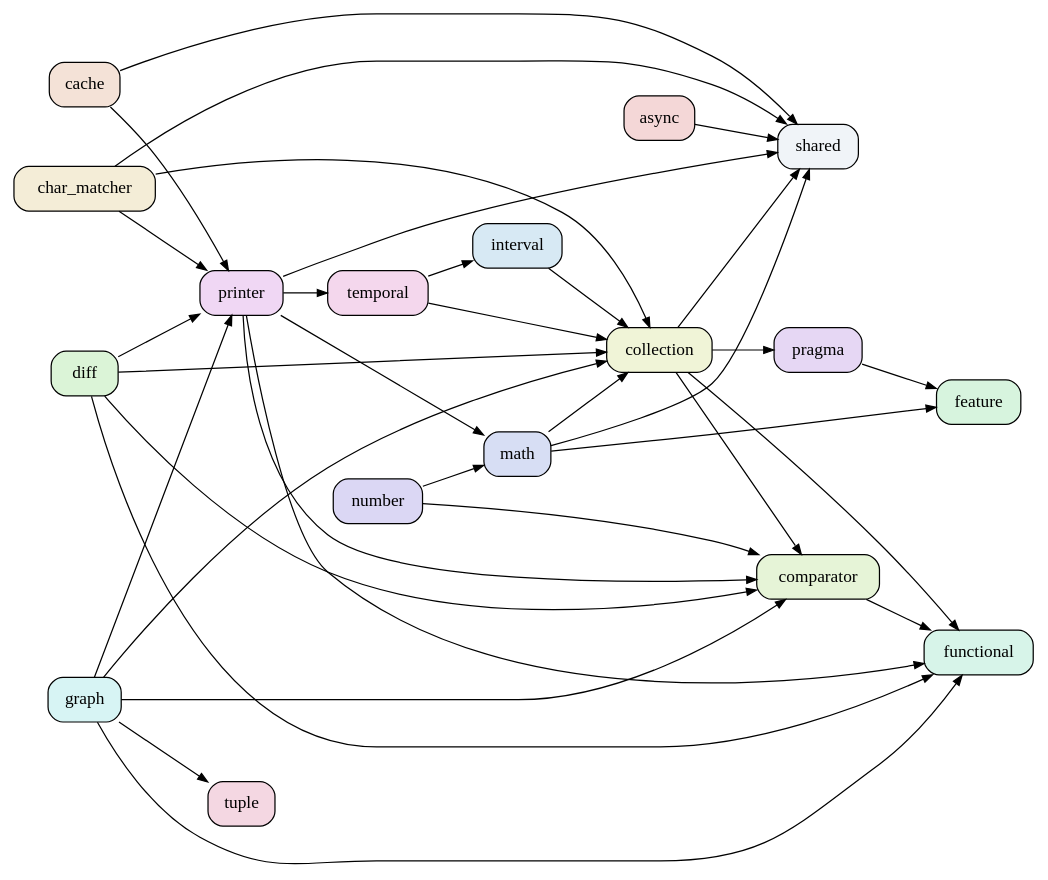
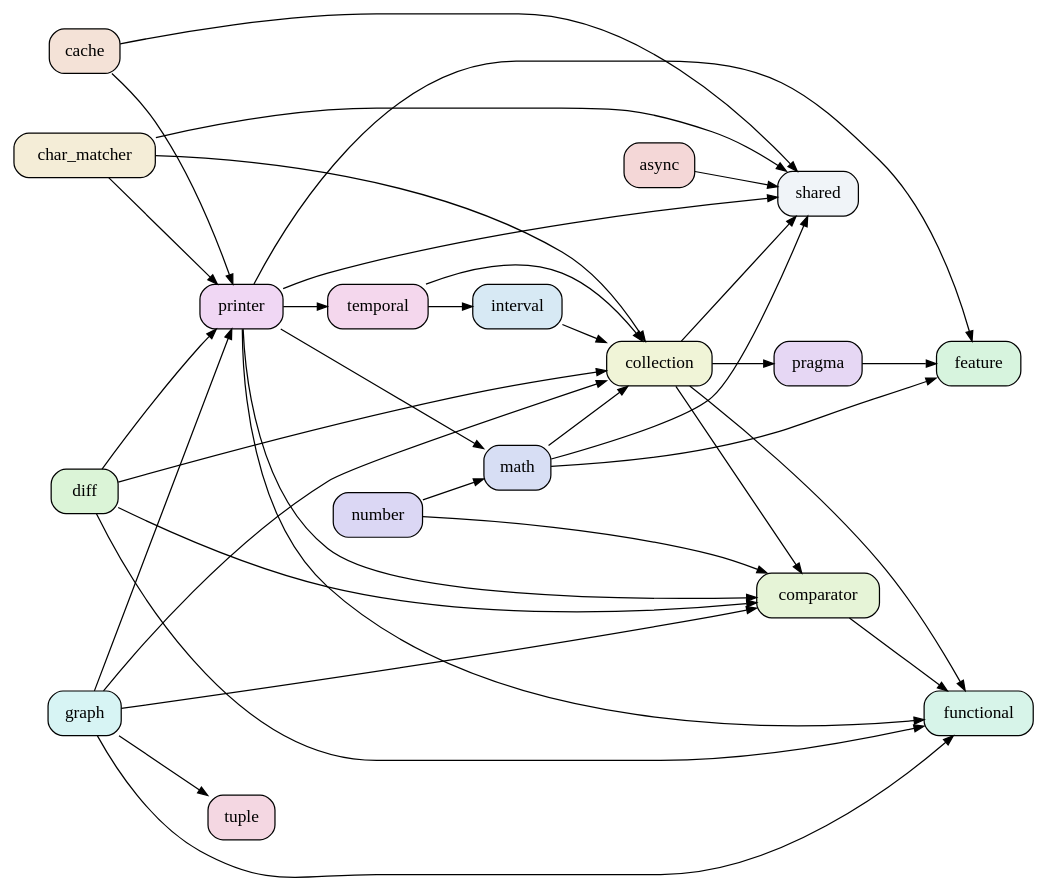
The diagram in doc/libs_deps.dot (renggli/dart-more), drawn with Graphviz before and after one commit. The commit also changed 5 other files, not shown here.

```diff
--- a/doc/libs_deps.dot
+++ b/doc/libs_deps.dot
@@ -1,54 +1,55 @@
 digraph {
   rankdir=LR;
   0 [label=collection, shape=box, style="rounded,filled", fillcolor="#f0f4d7"];
   1 [label=pragma, shape=box, style="rounded,filled", fillcolor="#e6d7f4"];
   2 [label=shared, shape=box, style="rounded,filled", fillcolor="#f0f4f8"];
   3 [label=comparator, shape=box, style="rounded,filled", fillcolor="#e6f4d7"];
   4 [label=functional, shape=box, style="rounded,filled", fillcolor="#d7f4e9"];
   5 [label=interval, shape=box, style="rounded,filled", fillcolor="#d7e9f4"];
   6 [label=temporal, shape=box, style="rounded,filled", fillcolor="#f4d7ed"];
   7 [label=char_matcher, shape=box, style="rounded,filled", fillcolor="#f4edd7"];
   8 [label=printer, shape=box, style="rounded,filled", fillcolor="#f0d7f4"];
   9 [label=async, shape=box, style="rounded,filled", fillcolor="#f4d7d7"];
   10 [label=cache, shape=box, style="rounded,filled", fillcolor="#f4e2d7"];
   11 [label="graph", shape=box, style="rounded,filled", fillcolor="#d7f4f4"];
   12 [label=tuple, shape=box, style="rounded,filled", fillcolor="#f4d7e2"];
   13 [label=feature, shape=box, style="rounded,filled", fillcolor="#d7f4de"];
   14 [label=number, shape=box, style="rounded,filled", fillcolor="#dbd7f4"];
   15 [label=math, shape=box, style="rounded,filled", fillcolor="#d7def4"];
   16 [label=diff, shape=box, style="rounded,filled", fillcolor="#dbf4d7"];
   0 -> 1 [arrowsize="0.8"];
   0 -> 2 [arrowsize="0.8"];
   0 -> 3 [arrowsize="0.8"];
   0 -> 4 [arrowsize="0.8"];
   1 -> 13 [arrowsize="0.8"];
   3 -> 4 [arrowsize="0.8"];
   5 -> 0 [arrowsize="0.8"];
   6 -> 0 [arrowsize="0.8"];
   6 -> 5 [arrowsize="0.8"];
   7 -> 8 [arrowsize="0.8"];
   7 -> 2 [arrowsize="0.8"];
   7 -> 0 [arrowsize="0.8"];
+  8 -> 13 [arrowsize="0.8"];
   8 -> 15 [arrowsize="0.8"];
   8 -> 3 [arrowsize="0.8"];
   8 -> 4 [arrowsize="0.8"];
   8 -> 2 [arrowsize="0.8"];
   8 -> 6 [arrowsize="0.8"];
   9 -> 2 [arrowsize="0.8"];
   10 -> 8 [arrowsize="0.8"];
   10 -> 2 [arrowsize="0.8"];
   11 -> 3 [arrowsize="0.8"];
   11 -> 4 [arrowsize="0.8"];
   11 -> 0 [arrowsize="0.8"];
   11 -> 8 [arrowsize="0.8"];
   11 -> 12 [arrowsize="0.8"];
   14 -> 15 [arrowsize="0.8"];
   14 -> 3 [arrowsize="0.8"];
   15 -> 2 [arrowsize="0.8"];
   15 -> 13 [arrowsize="0.8"];
   15 -> 0 [arrowsize="0.8"];
   16 -> 0 [arrowsize="0.8"];
   16 -> 3 [arrowsize="0.8"];
   16 -> 4 [arrowsize="0.8"];
   16 -> 8 [arrowsize="0.8"];
 }
```
